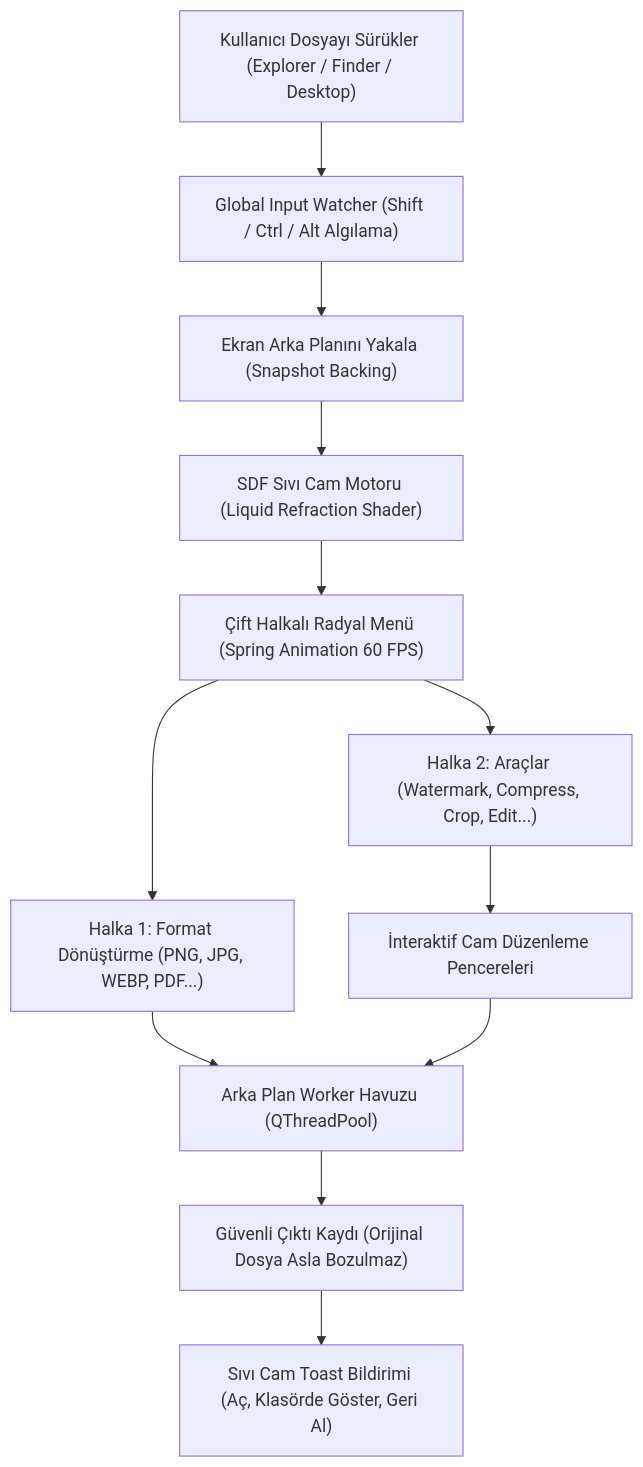
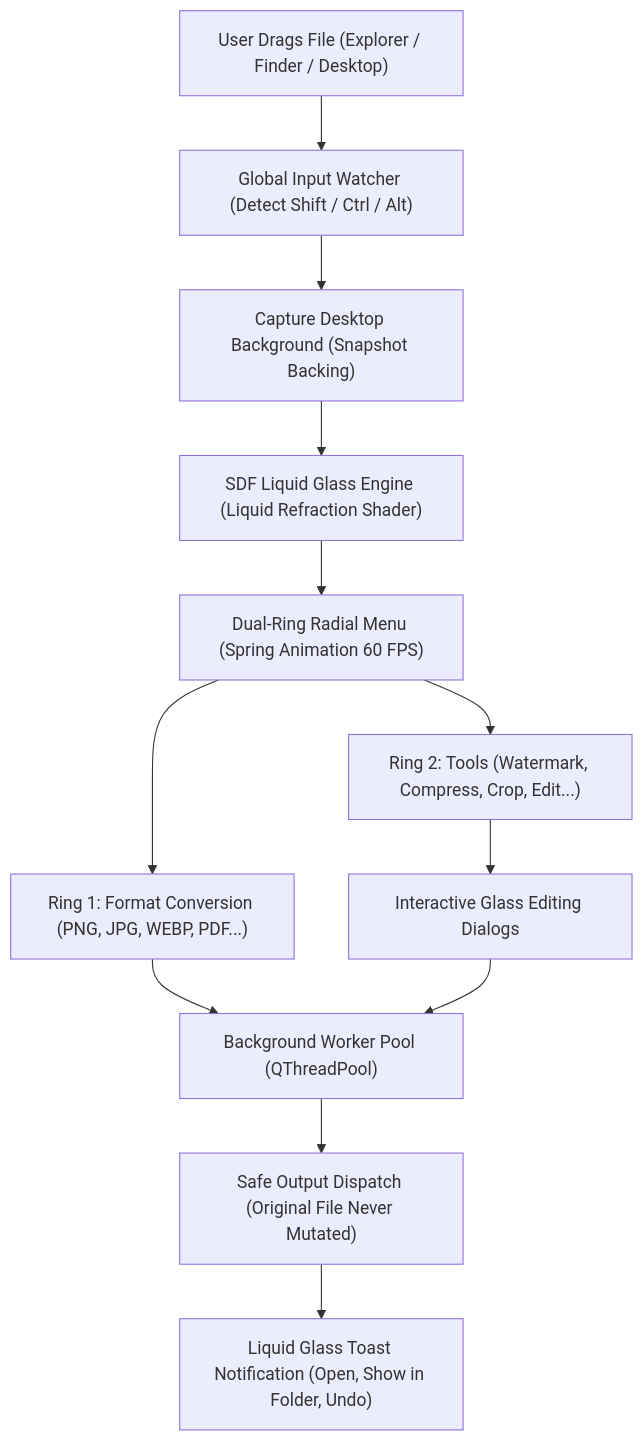
Before and after one commit to omerfys/Convertfy: the diagram in README.md, drawn with Mermaid. The commit also changed other lines of this file and 1 other file, not shown here.

````diff
--- a/README.md
+++ b/README.md
@@ -132,17 +135,17 @@
 ```mermaid
 flowchart TD
-    A["Kullanıcı Dosyayı Sürükler (Explorer / Finder / Desktop)"] --> B["Global Input Watcher (Shift / Ctrl / Alt Algılama)"]
-    B --> C["Ekran Arka Planını Yakala (Snapshot Backing)"]
-    C --> D["SDF Sıvı Cam Motoru (Liquid Refraction Shader)"]
+    A["User Drags File (Explorer / Finder / Desktop)"] --> B["Global Input Watcher (Detect Shift / Ctrl / Alt)"]
+    B --> C["Capture Desktop Background (Snapshot Backing)"]
+    C --> D["SDF Liquid Glass Engine (Liquid Refraction Shader)"]
     
-    D --> E["Çift Halkalı Radyal Menü (Spring Animation 60 FPS)"]
-    E --> F1["Halka 1: Format Dönüştürme (PNG, JPG, WEBP, PDF...)"]
-    E --> F2["Halka 2: Araçlar (Watermark, Compress, Crop, Edit...)"]
+    D --> E["Dual-Ring Radial Menu (Spring Animation 60 FPS)"]
+    E --> F1["Ring 1: Format Conversion (PNG, JPG, WEBP, PDF...)"]
+    E --> F2["Ring 2: Tools (Watermark, Compress, Crop, Edit...)"]
     
-    F1 --> G["Arka Plan Worker Havuzu (QThreadPool)"]
-    F2 --> H["İnteraktif Cam Düzenleme Pencereleri"]
+    F1 --> G["Background Worker Pool (QThreadPool)"]
+    F2 --> H["Interactive Glass Editing Dialogs"]
     H --> G
     
-    G --> I["Güvenli Çıktı Kaydı (Orijinal Dosya Asla Bozulmaz)"]
-    I --> J["Sıvı Cam Toast Bildirimi (Aç, Klasörde Göster, Geri Al)"]
+    G --> I["Safe Output Dispatch (Original File Never Mutated)"]
+    I --> J["Liquid Glass Toast Notification (Open, Show in Folder, Undo)"]
 ```
````
